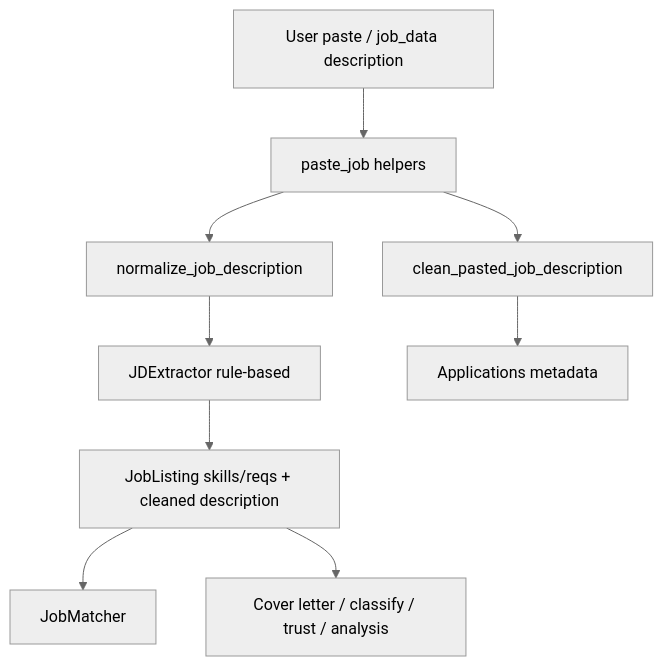
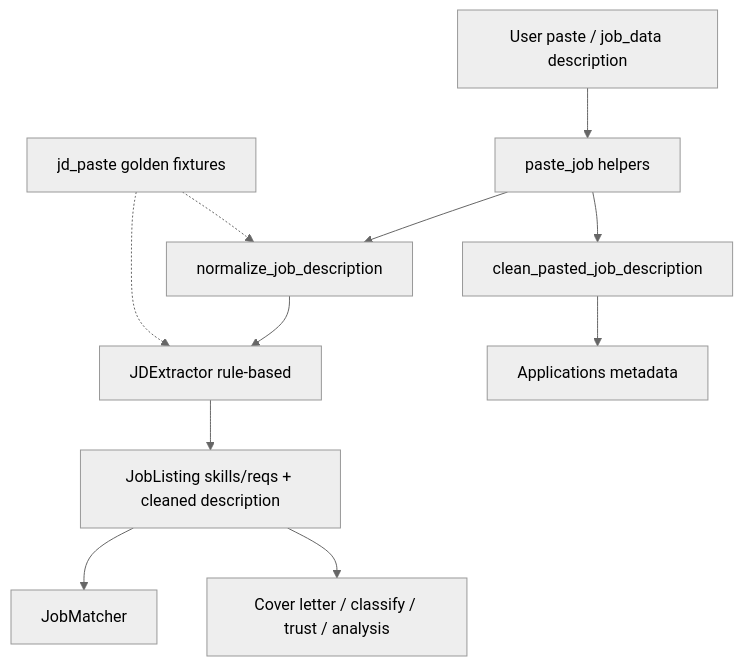
The seventh of 15 diagrams in docs/architecture.md (neoncircuit/job-raider), drawn with Mermaid (neutral theme) before and after one commit. The commit also changed other lines of this file and 10 other files, not shown here.

First line of the commit message:
test(backend): golden fixtures for messy JD paste structuring

````diff
--- a/docs/architecture.md
+++ b/docs/architecture.md
@@ -311,11 +313,13 @@
 ```mermaid
 flowchart TD
   Paste["User paste / job_data description"] --> Helper["paste_job helpers"]
   Helper --> Norm["normalize_job_description"]
   Norm --> Rules["JDExtractor rule-based"]
   Rules --> Listing["JobListing skills/reqs + cleaned description"]
   Listing --> Matcher["JobMatcher"]
   Listing --> Writer["Cover letter / classify / trust / analysis"]
   Helper --> Meta["clean_pasted_job_description"]
   Meta --> Apps["Applications metadata"]
+  Fixtures["jd_paste golden fixtures"] -.-> Norm
+  Fixtures -.-> Rules
 ```
````
